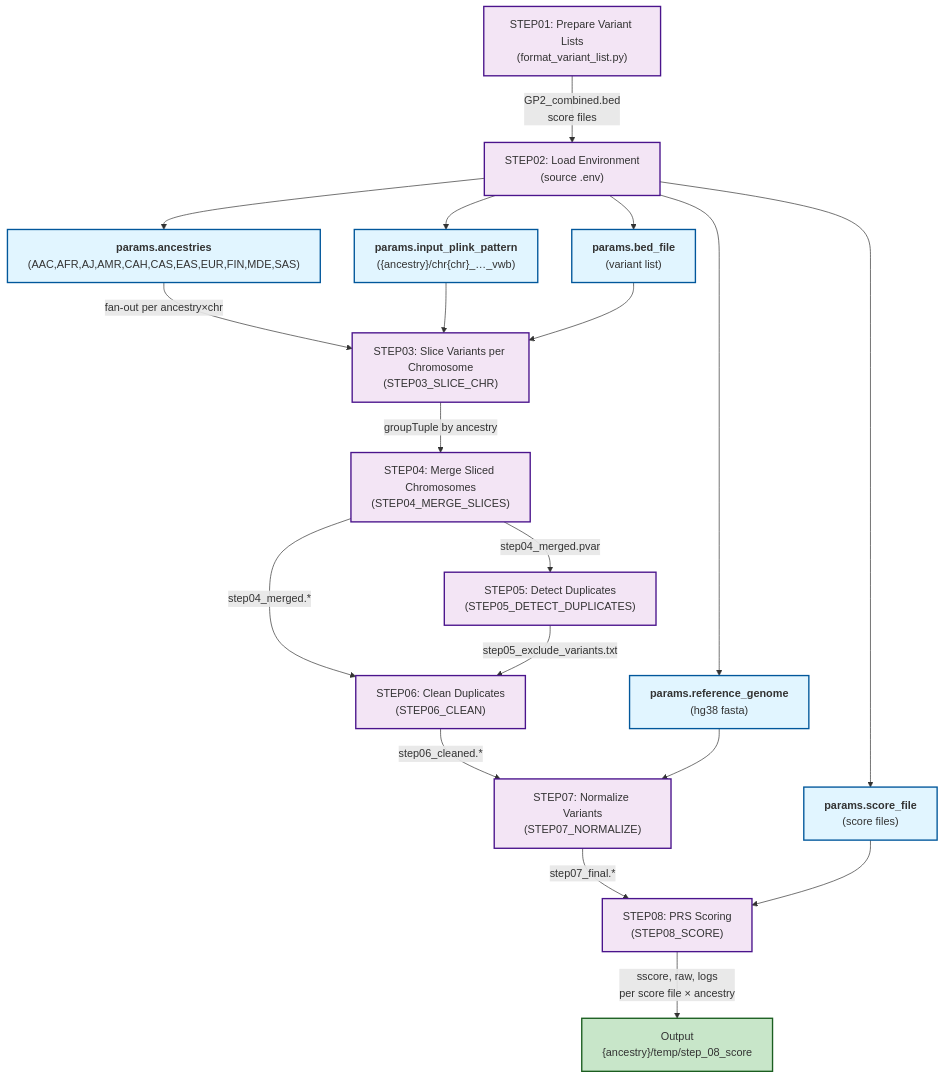
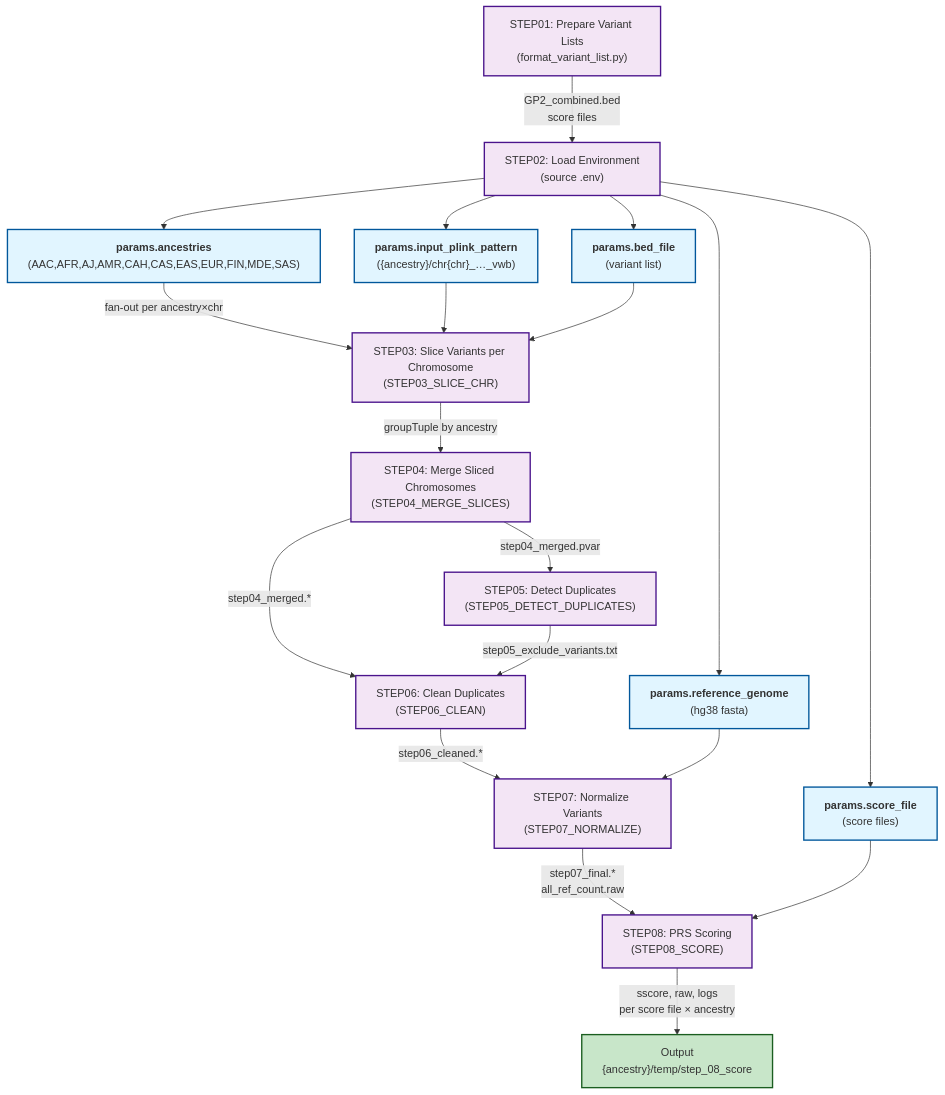
The diagram in readme.md (hirotaka-i/gp2-gwas-variants-cumulative-burden), drawn with Mermaid before and after one commit. The commit also changed other lines of this file and 5 other files, not shown here.

Commit message:
Add HY3 prep scripts and export all_ref_count in step07

````diff
--- a/readme.md
+++ b/readme.md
@@ -56,52 +56,52 @@
 ```mermaid
 graph TD
     STEP01["STEP01: Prepare Variant Lists<br/>(format_variant_list.py)"]
     STEP02["STEP02: Load Environment<br/>(source .env)"]
 
     STEP01 -->|GP2_combined.bed<br/>score files| STEP02
 
     ANC["<b>params.ancestries</b><br/>(AAC,AFR,AJ,AMR,CAH,CAS,EAS,EUR,FIN,MDE,SAS)"]
     PAT["<b>params.input_plink_pattern</b><br/>({ancestry}/chr{chr}_…_vwb)"]
     B["<b>params.bed_file</b><br/>(variant list)"]
     R["<b>params.reference_genome</b><br/>(hg38 fasta)"]
     S["<b>params.score_file</b><br/>(score files)"]
 
     STEP02 --> ANC
     STEP02 --> PAT
     STEP02 --> B
     STEP02 --> R
     STEP02 --> S
 
     ANC -->|fan-out per ancestry×chr| SLICE["STEP03: Slice Variants per Chromosome<br/>(STEP03_SLICE_CHR)"]
     PAT --> SLICE
     B --> SLICE
 
     SLICE -->|groupTuple by ancestry| MERGE["STEP04: Merge Sliced Chromosomes<br/>(STEP04_MERGE_SLICES)"]
 
     MERGE -->|step04_merged.*| CLEAN["STEP06: Clean Duplicates<br/>(STEP06_CLEAN)"]
     MERGE -->|step04_merged.pvar| DUP["STEP05: Detect Duplicates<br/>(STEP05_DETECT_DUPLICATES)"]
     DUP -->|step05_exclude_variants.txt| CLEAN
 
     CLEAN -->|step06_cleaned.*| NORM["STEP07: Normalize Variants<br/>(STEP07_NORMALIZE)"]
     R --> NORM
 
-    NORM -->|step07_final.*| SCORE["STEP08: PRS Scoring<br/>(STEP08_SCORE)"]
+    NORM -->|step07_final.*<br/>all_ref_count.raw| SCORE["STEP08: PRS Scoring<br/>(STEP08_SCORE)"]
     S --> SCORE
 
     SCORE -->|sscore, raw, logs<br/>per score file × ancestry| OUT["Output<br/>{ancestry}/temp/step_08_score"]
 
     style STEP01 fill:#f3e5f5,stroke:#4a148c,stroke-width:2px
     style STEP02 fill:#f3e5f5,stroke:#4a148c,stroke-width:2px
     style ANC fill:#e1f5ff,stroke:#01579b,stroke-width:2px
     style PAT fill:#e1f5ff,stroke:#01579b,stroke-width:2px
     style B fill:#e1f5ff,stroke:#01579b,stroke-width:2px
     style R fill:#e1f5ff,stroke:#01579b,stroke-width:2px
     style S fill:#e1f5ff,stroke:#01579b,stroke-width:2px
     style SLICE fill:#f3e5f5,stroke:#4a148c,stroke-width:2px
     style MERGE fill:#f3e5f5,stroke:#4a148c,stroke-width:2px
     style DUP fill:#f3e5f5,stroke:#4a148c,stroke-width:2px
     style CLEAN fill:#f3e5f5,stroke:#4a148c,stroke-width:2px
     style NORM fill:#f3e5f5,stroke:#4a148c,stroke-width:2px
     style SCORE fill:#f3e5f5,stroke:#4a148c,stroke-width:2px
     style OUT fill:#c8e6c9,stroke:#1b5e20,stroke-width:2px
 ```
````
